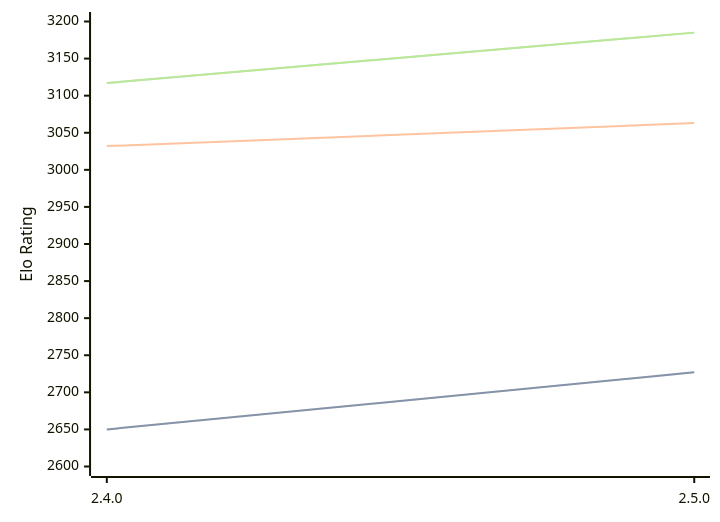
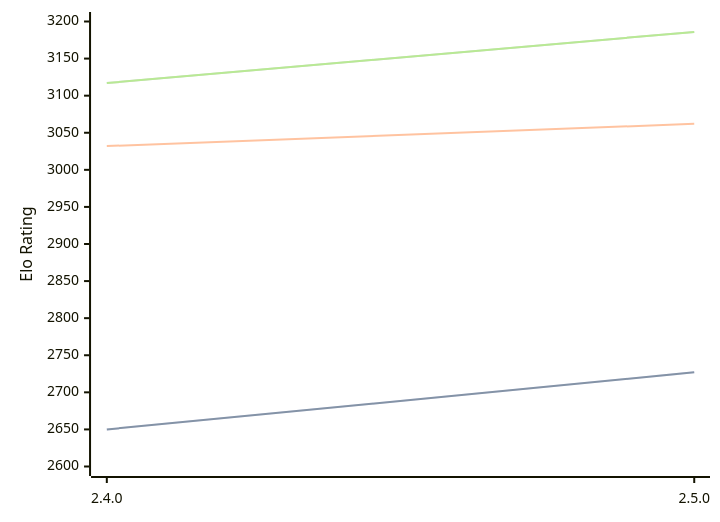
One commit to computer-chess-index/cci changed the diagram in engines/Sturddle2.md. Above: the diagram before and after it, drawn with Mermaid. The commit also changed other lines of this file, not shown here.

Commit message:
Update CCI Ratings (ELO VLTC) - 2026-03-25

````diff
--- a/engines/Sturddle2.md
+++ b/engines/Sturddle2.md
@@ -37,11 +37,11 @@
 ```mermaid
 %%{init: {"theme":"base","themeVariables":{"seriesColors:['#a3a3a3','#222221','#faa371']}}}%%
 xychart-beta
   x-axis ["2.4.0", "2.5.0"]
   y-axis "Elo Rating" 2600 --> 3200
   line "STC (8.0+0.08s)" [2650, 2727]
   line "STC (8.0+0.08s)" [2650, 2727]
-  line "LTC (60.0+0.60s)" [3032, 3063]
-  line "VLTC (2m24s+1.12s)" [3117, 3185]
-  line "VLTC (2m24s+1.12s)" [3117, 3185]
+  line "LTC (60.0+0.60s)" [3032, 3062]
+  line "VLTC (2m24s+1.12s)" [3117, 3186]
+  line "VLTC (2m24s+1.12s)" [3117, 3186]
 ```
````
